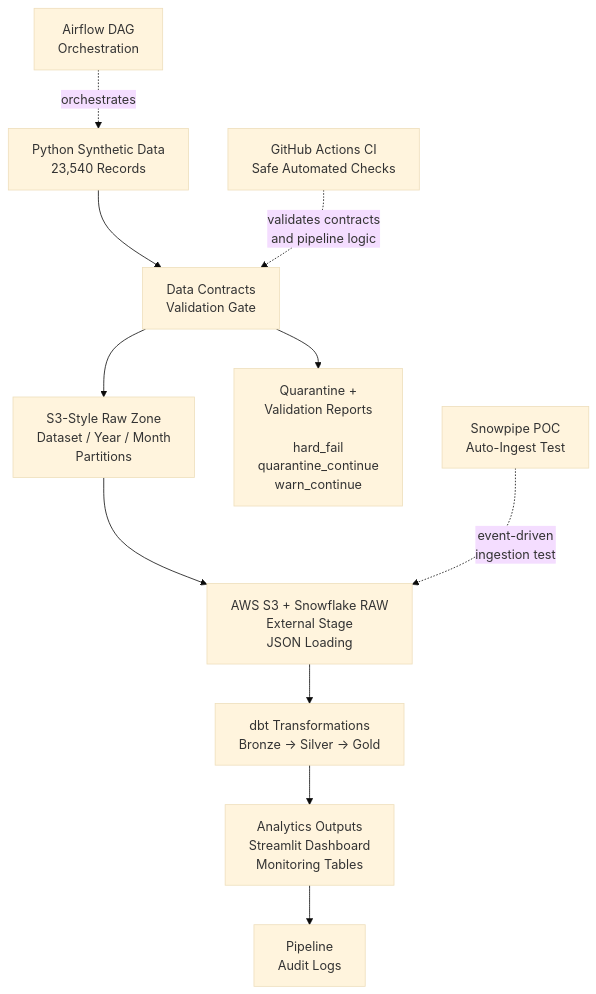
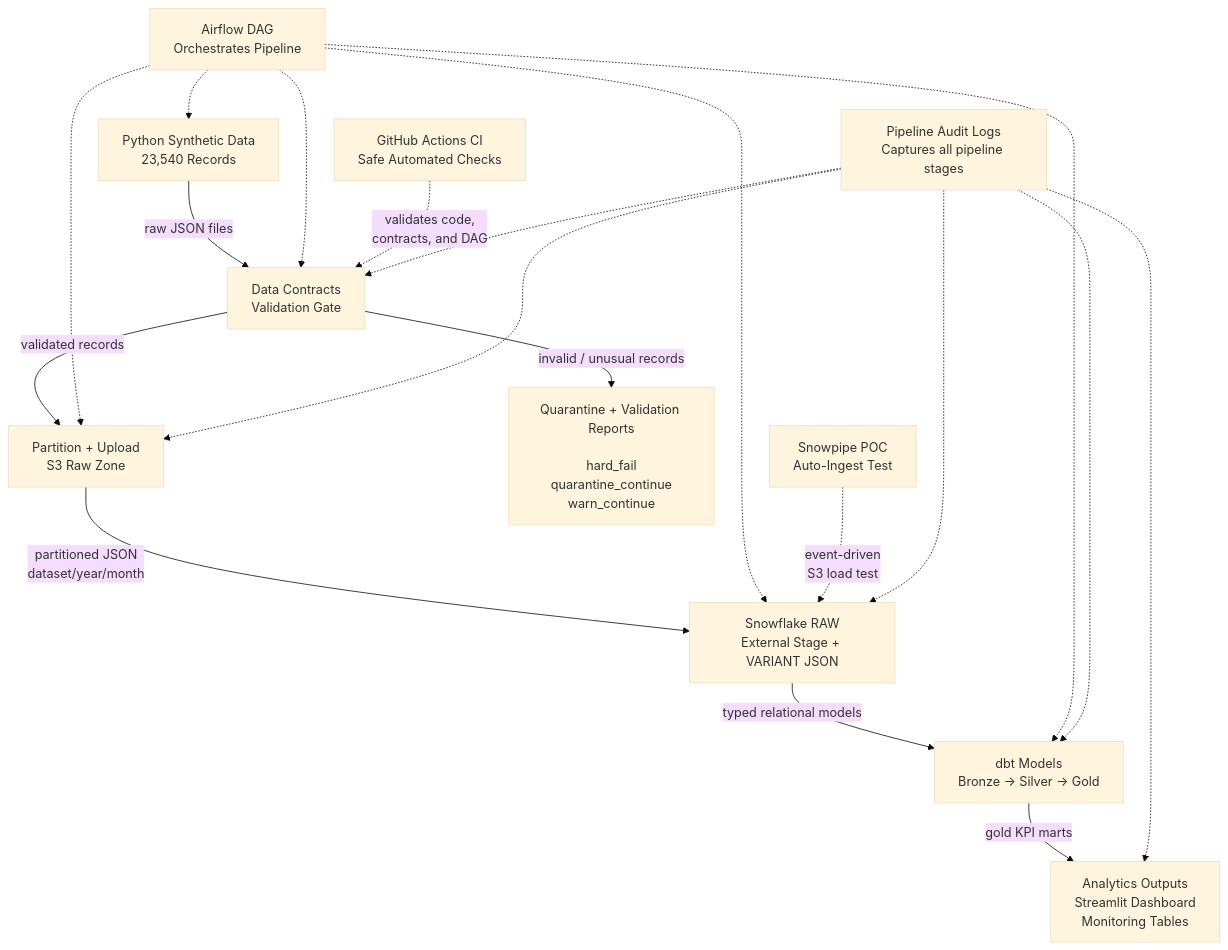
Before and after one commit to samahmedQA/fraud-dispute-analytics-pipeline: the diagram in README.md, drawn with Mermaid (base theme).

Commit message:
Improve architecture diagram data flow

````diff
--- a/README.md
+++ b/README.md
@@ -67,22 +67,33 @@
 ```mermaid
 flowchart TD
-    I["Airflow DAG<br/>Orchestration"] -. "orchestrates" .-> A
+    A["Python Synthetic Data<br/>23,540 Records"]
+    B["Data Contracts<br/>Validation Gate"]
+    C["Partition + Upload<br/>S3 Raw Zone"]
+    D["Snowflake RAW<br/>External Stage + VARIANT JSON"]
+    E["dbt Models<br/>Bronze → Silver → Gold"]
+    F["Analytics Outputs<br/>Streamlit Dashboard<br/>Monitoring Tables"]
 
-    A["Python Synthetic Data<br/>23,540 Records"] --> B["Data Contracts<br/>Validation Gate"]
+    A -->|"raw JSON files"| B
+    B -->|"validated records"| C
+    C -->|"partitioned JSON<br/>dataset/year/month"| D
+    D -->|"typed relational models"| E
+    E -->|"gold KPI marts"| F
 
-    B --> C["S3-Style Raw Zone<br/>Dataset / Year / Month<br/>Partitions"]
+    B -->|"invalid / unusual records"| G["Quarantine + Validation Reports<br/><br/>hard_fail<br/>quarantine_continue<br/>warn_continue"]
 
-    C --> D["AWS S3 + Snowflake RAW<br/>External Stage<br/>JSON Loading"]
+    H["Airflow DAG<br/>Orchestrates Pipeline"] -.-> A
+    H -.-> B
+    H -.-> C
+    H -.-> D
+    H -.-> E
 
-    D --> E["dbt Transformations<br/>Bronze → Silver → Gold"]
+    I["GitHub Actions CI<br/>Safe Automated Checks"] -. "validates code,<br/>contracts, and DAG" .-> B
 
-    E --> F["Analytics Outputs<br/>Streamlit Dashboard<br/>Monitoring Tables"]
+    J["Snowpipe POC<br/>Auto-Ingest Test"] -. "event-driven<br/>S3 load test" .-> D
 
-    B --> G["Quarantine +<br/>Validation Reports<br/><br/>hard_fail<br/>quarantine_continue<br/>warn_continue"]
-
-    F --> H["Pipeline<br/>Audit Logs"]
-
-    J["GitHub Actions CI<br/>Safe Automated Checks"] -. "validates contracts<br/>and pipeline logic" .-> B
-
-    K["Snowpipe POC<br/>Auto-Ingest Test"] -. "event-driven<br/>ingestion test" .-> D
+    K["Pipeline Audit Logs<br/>Captures all pipeline stages"] -.-> B
+    K -.-> C
+    K -.-> D
+    K -.-> E
+    K -.-> F
 ```
````
